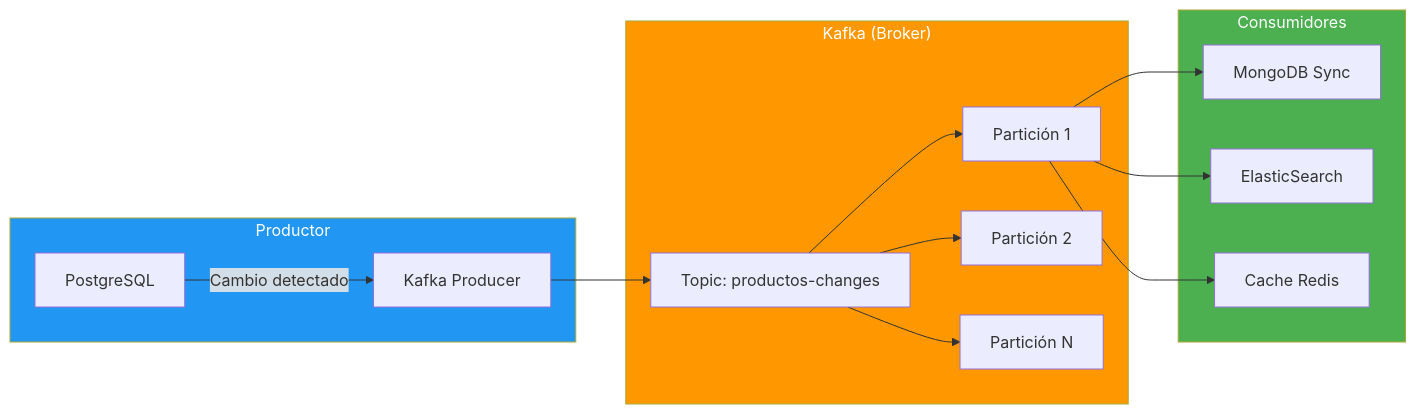
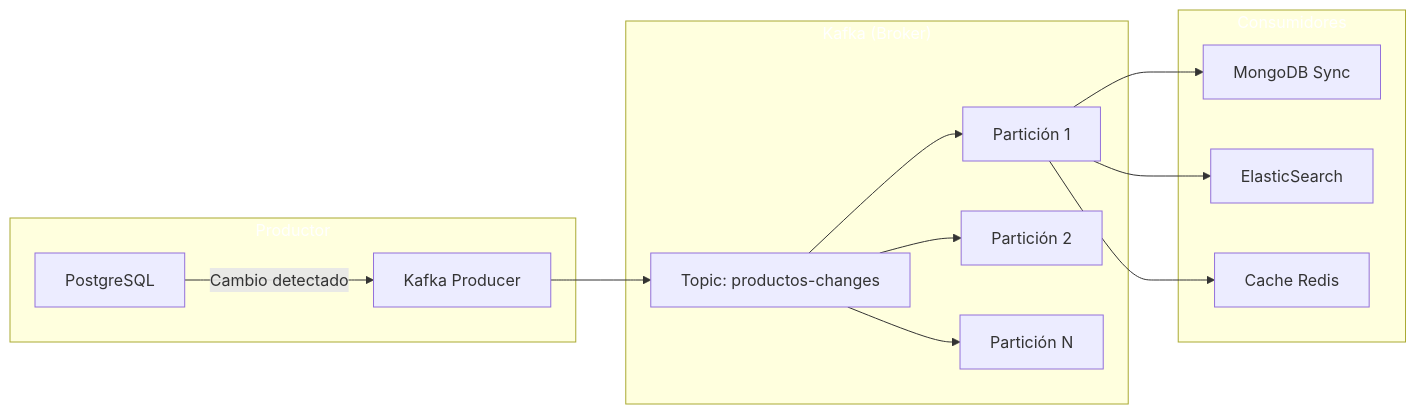
One commit to joseluisgs/DesarrolloWebEntornosServidor-02-2026-2027 changed diagram 19 of 24 in 30-cqrs-mediator.md. Above: the diagram before and after it, drawn with Mermaid. The commit also changed other lines of this file and 41 other files, not shown here.

````diff
--- a/30-cqrs-mediator.md
+++ b/30-cqrs-mediator.md
@@ -1127,23 +1127,23 @@
 ```mermaid
 flowchart LR
     subgraph PRODUCIDOR["Productor"]
         A[PostgreSQL] -->|"Cambio detectado"| B[Kafka Producer]
     end
 
     subgraph KAFKA["Kafka (Broker)"]
         B --> C[Topic: productos-changes]
         C --> D[Partición 1]
         C --> E[Partición 2]
         C --> F[Partición N]
     end
 
     subgraph CONSUMIDORES["Consumidores"]
         D --> G[MongoDB Sync]
         D --> H[ElasticSearch]
         D --> I[Cache Redis]
     end
 
-    style PRODUCIDOR fill:#2196F3,color:#fff
-    style KAFKA fill:#FF9800,color:#fff
-    style CONSUMIDORES fill:#4CAF50,color:#fff
+    style PRODUCIDOR fill:#2196F,color:#fff3,color:#fff
+    style KAFKA fill:#FF980,color:#fff0,color:#fff
+    style CONSUMIDORES fill:#4CAF5,color:#fff0,color:#fff
 ```
````
